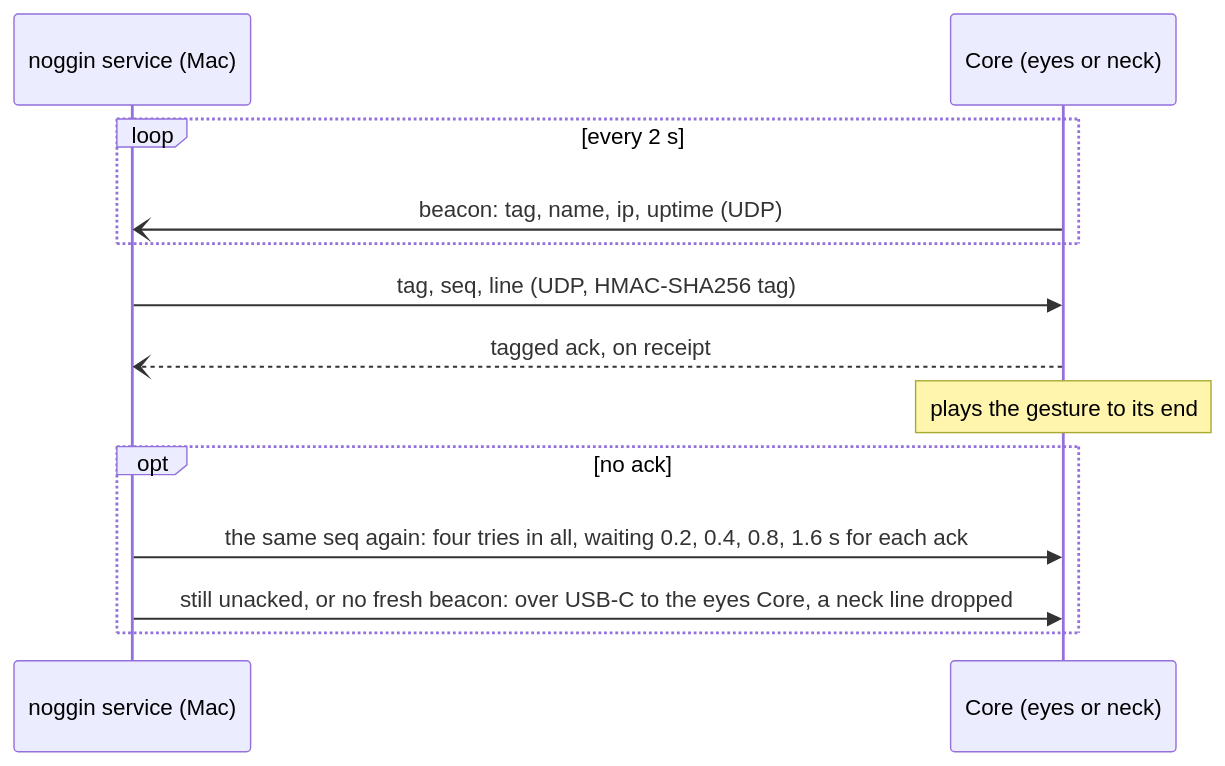
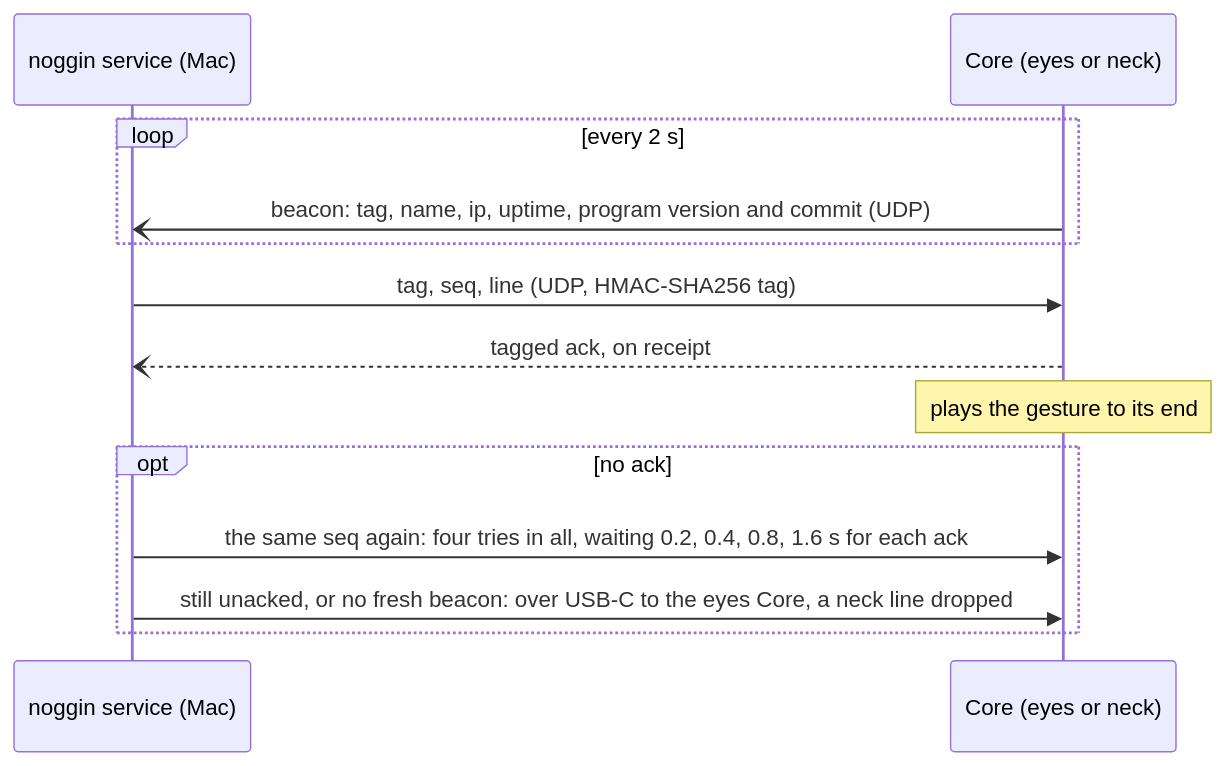
One commit to yellow-pine/noggin changed the second of 4 diagrams in docs/how-it-works.md. Above: the diagram before and after it, drawn with Mermaid. The commit also changed 18 other files, not shown here.

First line of the commit message:
feat(noggin)!: the Core's beacon reports its program's version and commit

````diff
--- a/docs/how-it-works.md
+++ b/docs/how-it-works.md
@@ -35,17 +35,17 @@
 ```mermaid
 sequenceDiagram
     accTitle: The Link between the noggin service and one Core
     accDescr: The Core beacons every 2 s so the noggin service learns its address. Each command line goes as one signed UDP datagram; the Core acks it on receipt, before it plays it. A line gets four tries in all with the same seq, waiting 0.2, 0.4, 0.8, 1.6 s for each ack; still unacked, or with no fresh beacon, it goes over USB-C to the eyes Core, and a neck line is dropped.
     participant S as noggin service (Mac)
     participant C as Core (eyes or neck)
     loop every 2 s
-        C-)S: beacon: tag, name, ip, uptime (UDP)
+        C-)S: beacon: tag, name, ip, uptime, program version and commit (UDP)
     end
     S->>C: tag, seq, line (UDP, HMAC-SHA256 tag)
     C--)S: tagged ack, on receipt
     Note over C: plays the gesture to its end
     opt no ack
         S->>C: the same seq again: four tries in all, waiting 0.2, 0.4, 0.8, 1.6 s for each ack
         S->>C: still unacked, or no fresh beacon: over USB-C to the eyes Core, a neck line dropped
     end
 ```
````
